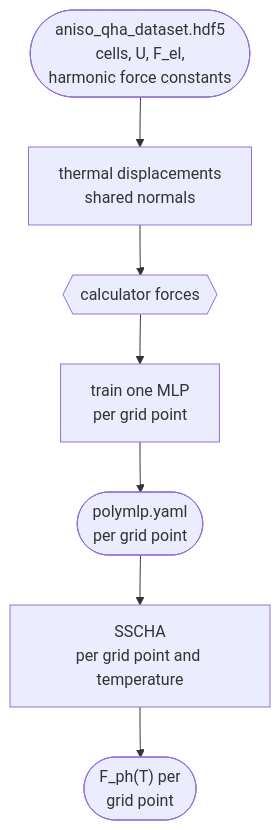
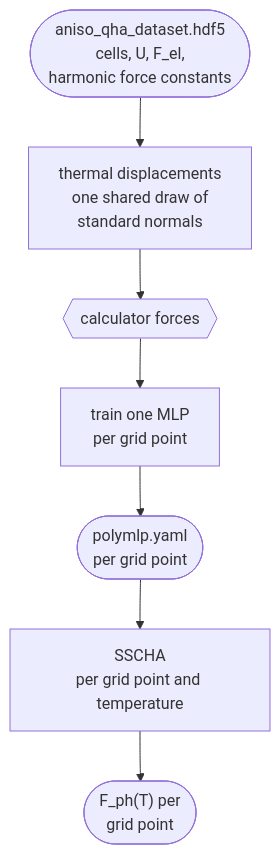
One commit to phonopy/phonopy changed the second of 3 diagrams in doc/anisotropic-qha.md. Above: the diagram before and after it, drawn with Mermaid. The commit also changed other lines of this file and 5 other files, not shown here.

````diff
--- a/doc/anisotropic-qha.md
+++ b/doc/anisotropic-qha.md
@@ -720,10 +728,10 @@
 ```{mermaid}
 flowchart TD
     DS(["aniso_qha_dataset.hdf5<br/>cells, U, F_el,<br/>harmonic force constants"])
-    DS --> DISP["thermal displacements<br/>shared normals"]
+    DS --> DISP["thermal displacements<br/>one shared draw of<br/>standard normals"]
     DISP --> CALCT{{"calculator forces"}}
     CALCT --> DEV["train one MLP<br/>per grid point"]
     DEV --> MLP(["polymlp.yaml<br/>per grid point"])
     MLP --> SSCHA["SSCHA<br/>per grid point and temperature"]
     SSCHA --> FE(["F_ph(T) per<br/>grid point"])
 ```
````
